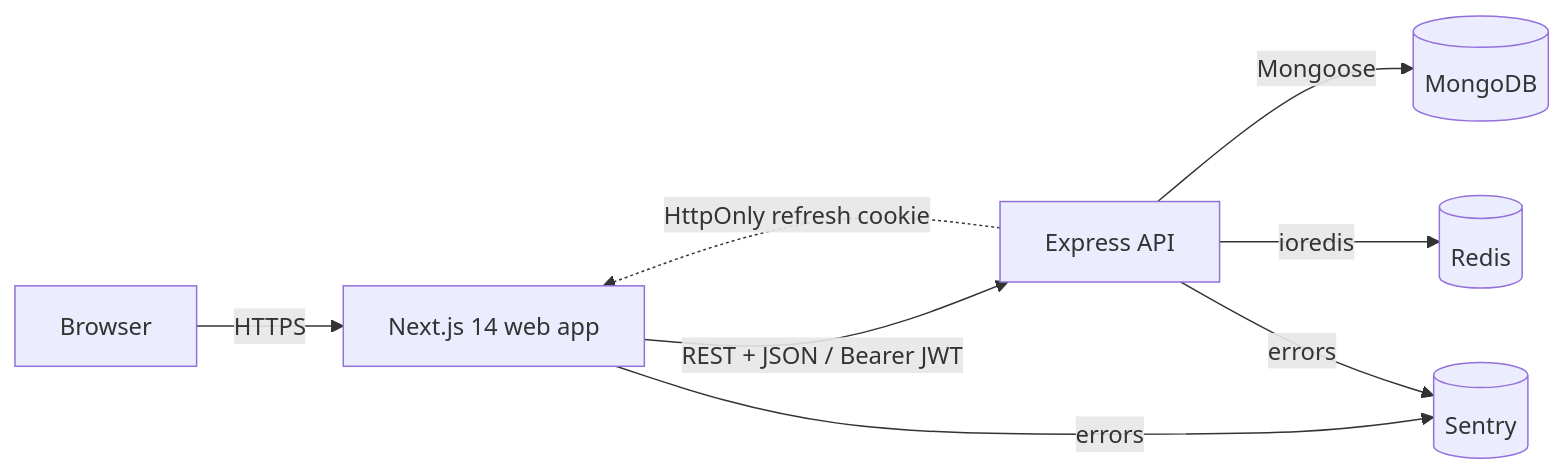
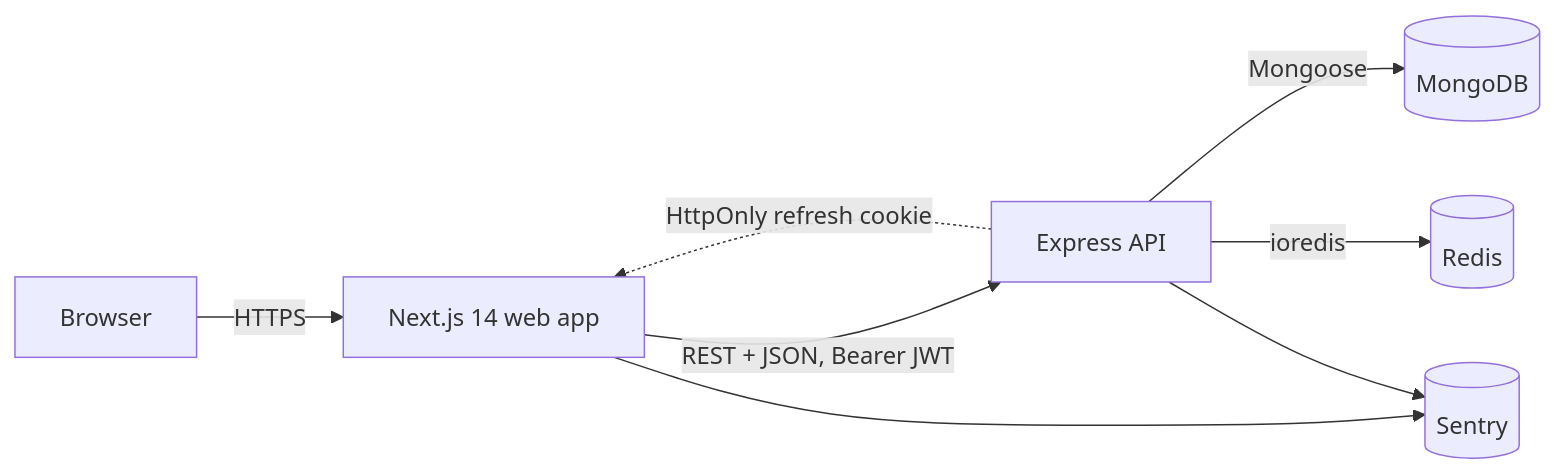
The diagram in README.md (Sachinrajawat/FixItNow), drawn with Mermaid before and after one commit. The commit also changed other lines of this file, not shown here.

````diff
--- a/README.md
+++ b/README.md
@@ -39,10 +49,10 @@
 ```mermaid
 flowchart LR
     User[Browser] -->|HTTPS| Web[Next.js 14 web app]
-    Web -->|REST + JSON / Bearer JWT| Api[Express API]
+    Web -->|REST + JSON, Bearer JWT| Api[Express API]
     Api -->|Mongoose| Mongo[(MongoDB)]
     Api -->|ioredis| Redis[(Redis)]
     Api -.->|HttpOnly refresh cookie| Web
-    Web -->|errors| Sentry[(Sentry)]
-    Api -->|errors| Sentry
+    Web --> Sentry[(Sentry)]
+    Api --> Sentry
 ```
````
